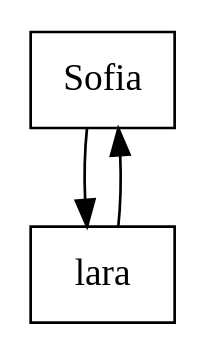
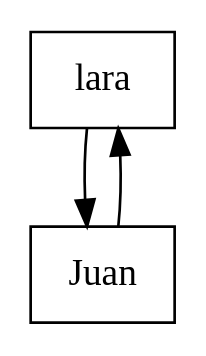
The diagram in output/matriz_amistades.dot (matiuuh/-EDD-Proyecto1_202203009), drawn with Graphviz before and after one commit. The commit also changed 7 other files, not shown here.

```diff
--- a/output/matriz_amistades.dot
+++ b/output/matriz_amistades.dot
@@ -1,5 +1,5 @@
 digraph G {
     node [shape=record];
-    "Sofia" -> "lara";
-    "lara" -> "Sofia";
+    "lara" -> "Juan";
+    "Juan" -> "lara";
 }
```
